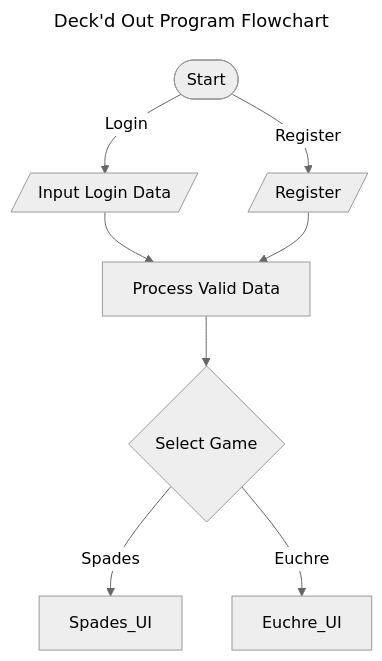
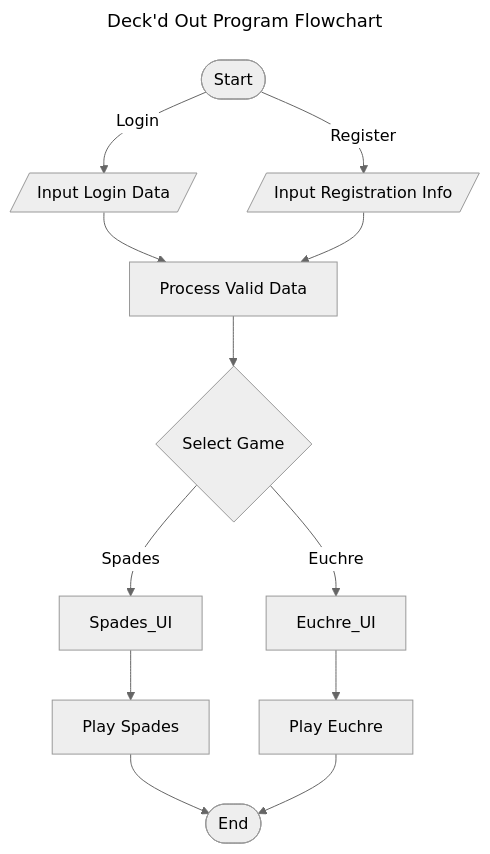
The fourth of 6 diagrams in README.md (NellyBoi18/Deckd-Out), drawn with Mermaid (neutral theme) before and after one commit.

Commit message:
Finished flowchart

````diff
--- a/README.md
+++ b/README.md
@@ -445,15 +445,17 @@
 ```mermaid
 ---
 title: Deck'd Out Program Flowchart
 ---
 graph TD;
     Start([Start]) --> |Login| Login_Data[/Input Login Data/]
-    Start --> |Register| Register[/Register/]
+    Start --> |Register| Register[/Input Registration Info/]
     Login_Data --> Process_Valid_Data[Process Valid Data]
     Register --> Process_Valid_Data
     Process_Valid_Data --> Select_Game{Select Game}
     Select_Game --> |Spades| Spades_UI
     Select_Game --> |Euchre| Euchre_UI
-
-    
+    Spades_UI --> Play_Spades[Play Spades]
+    Euchre_UI --> Play_Euchre[Play Euchre]
+    Play_Spades --> End([End])
+    Play_Euchre --> End
 ```
````
